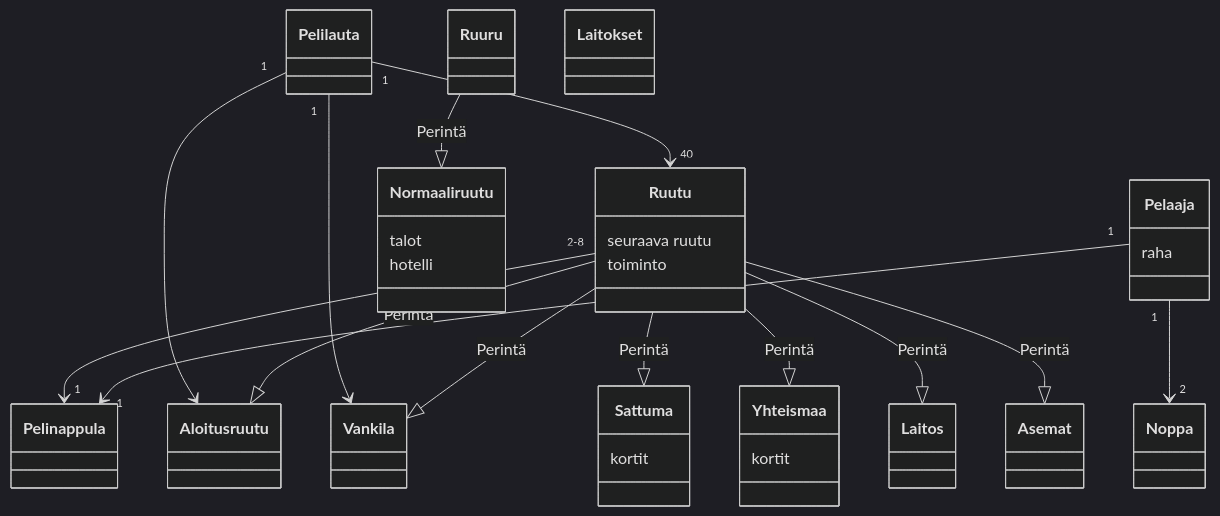
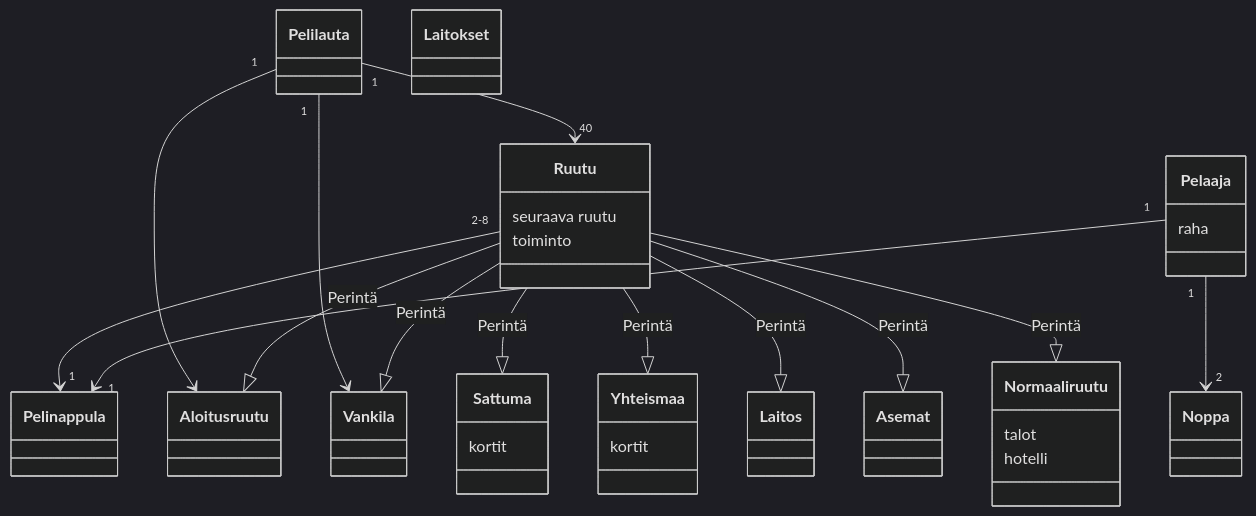
Before and after one commit to iritmaximus/ot-harjoitustyo: the diagram in laskarit/viikko3/monopoli.md, drawn with Mermaid (dark theme).

````diff
--- a/laskarit/viikko3/monopoli.md
+++ b/laskarit/viikko3/monopoli.md
@@ -5,40 +5,40 @@
 ```mermaid
  classDiagram
       Pelilauta "1" --> "40" Ruutu
       Ruutu "2-8" --> "1" Pelinappula
       Pelaaja "1" --> "1" Pelinappula
       Pelaaja "1" --> "2" Noppa
       Pelilauta "1" --> Aloitusruutu
       Pelilauta "1" --> Vankila
 
       Ruutu --|> Aloitusruutu : Perintä
       Ruutu --|> Vankila : Perintä
       Ruutu --|> Sattuma : Perintä
       Ruutu --|> Yhteismaa : Perintä
       Ruutu --|> Laitos : Perintä
       Ruutu --|> Asemat : Perintä
-      Ruuru --|> Normaaliruutu : Perintä
+      Ruutu --|> Normaaliruutu : Perintä
 
       class Pelilauta
       class Pelaaja{
           raha
       }
       class Ruutu{
           seuraava ruutu
           toiminto
       }
       class Aloitusruutu
       class Vankila
       class Sattuma{
           kortit
       }
       class Yhteismaa{
           kortit
       }
       class Asemat
       class Laitokset
       class Normaaliruutu{
           talot
           hotelli
       }
 ```
````
